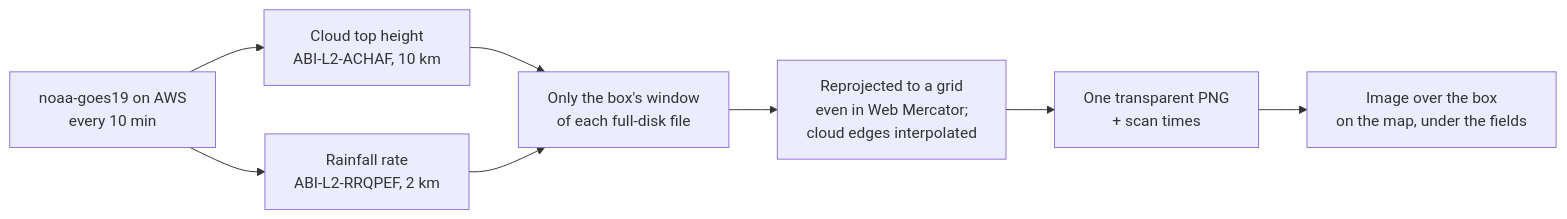
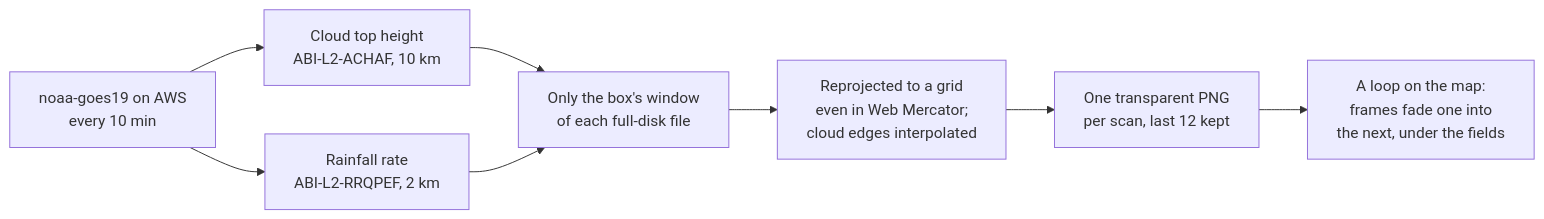
Before and after one commit to nickyperrone/Fire-Detection-System: diagram 17 of 18 in README.md, drawn with Mermaid. The commit also changed other lines of this file and 9 other files, not shown here.

````diff
--- a/README.md
+++ b/README.md
@@ -545,9 +546,9 @@
 ```mermaid
 flowchart LR
     S3["noaa-goes19 on AWS<br/>every 10 min"] --> H["Cloud top height<br/>ABI-L2-ACHAF, 10 km"]
     S3 --> R["Rainfall rate<br/>ABI-L2-RRQPEF, 2 km"]
     H & R --> W["Only the box's window<br/>of each full-disk file"]
     W --> G["Reprojected to a grid<br/>even in Web Mercator;<br/>cloud edges interpolated"]
-    G --> P["One transparent PNG<br/>+ scan times"]
-    P --> M["Image over the box<br/>on the map, under the fields"]
+    G --> P["One transparent PNG<br/>per scan, last 12 kept"]
+    P --> M["A loop on the map:<br/>frames fade one into<br/>the next, under the fields"]
 ```
````
